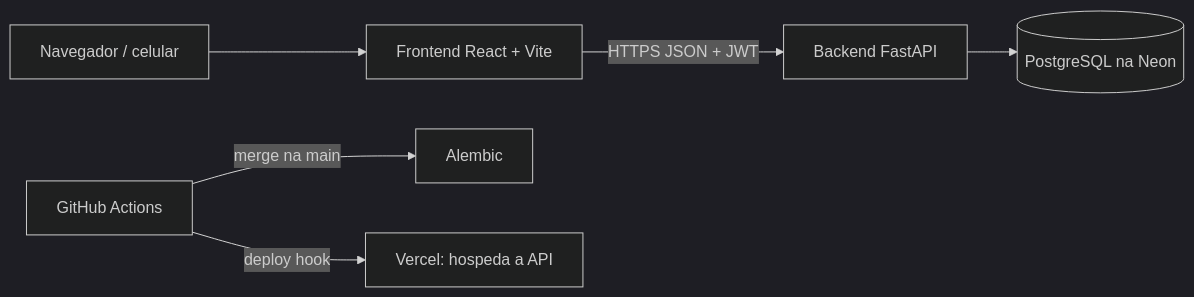
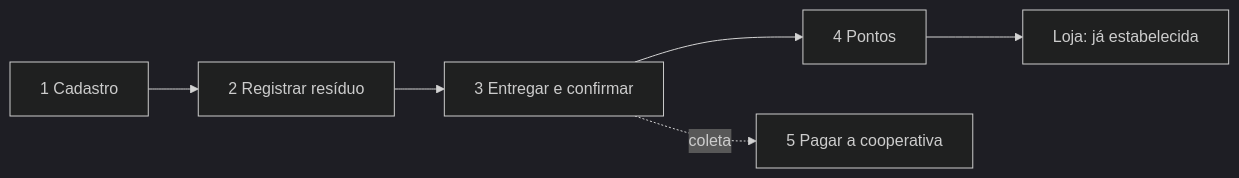
One commit to Residuum-Organization/residuum-documentacao changed the first of 2 diagrams in docs/02-arquitetura/pauta-reuniao-arquitetura.md. Above: the diagram before and after it, drawn with Mermaid (dark theme). The commit also changed other lines of this file and 1 other file, not shown here.

````diff
--- a/docs/02-arquitetura/pauta-reuniao-arquitetura.md
+++ b/docs/02-arquitetura/pauta-reuniao-arquitetura.md
@@ -96,8 +21,8 @@
 ```mermaid
 flowchart LR
-  U[Navegador / celular] --> F[Frontend React + Vite]
-  F -->|HTTPS JSON + JWT| B[Backend FastAPI]
-  B --> D[(PostgreSQL na Neon)]
-  G[GitHub Actions] -->|merge na main| A[Alembic]
-  G -->|deploy hook| V[Vercel: hospeda a API]
+  A[1 Cadastro] --> B[2 Registrar resíduo]
+  B --> C[3 Entregar e confirmar]
+  C --> D[4 Pontos]
+  D --> E[Loja: já estabelecida]
+  C -.coleta.-> F[5 Pagar a cooperativa]
 ```
````
